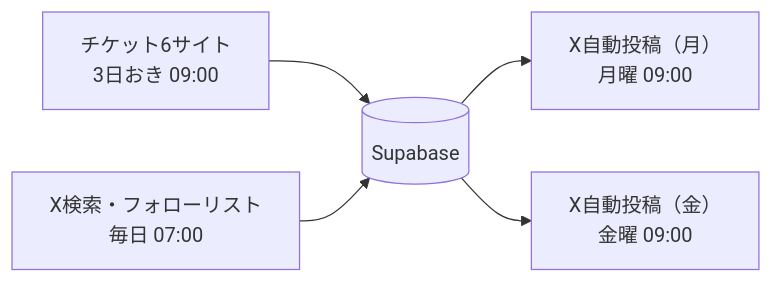
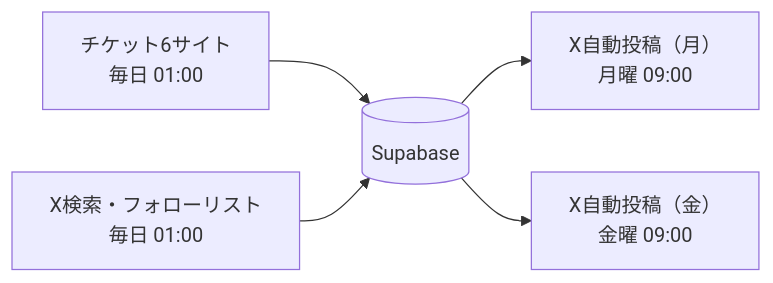
The diagram in docs/operations.md (katarue/minstrel), drawn with Mermaid before and after one commit. The commit also changed other lines of this file and 1 other file, not shown here.

Commit message:
chore: 全スクレイパーを毎日01:00 JSTに統一 [decision]

````diff
--- a/docs/operations.md
+++ b/docs/operations.md
@@ -108,12 +108,12 @@
 ```mermaid
 flowchart LR
     DB[(Supabase)]
     collectflow["チケット6サイト
-3日おき 09:00"] --> DB
+毎日 01:00"] --> DB
     collectxflow["X検索・フォローリスト
-毎日 07:00"] --> DB
+毎日 01:00"] --> DB
     DB --> postmondayflow["X自動投稿（月）
 月曜 09:00"]
     DB --> postfridayflow["X自動投稿（金）
 金曜 09:00"]
 ```
````
